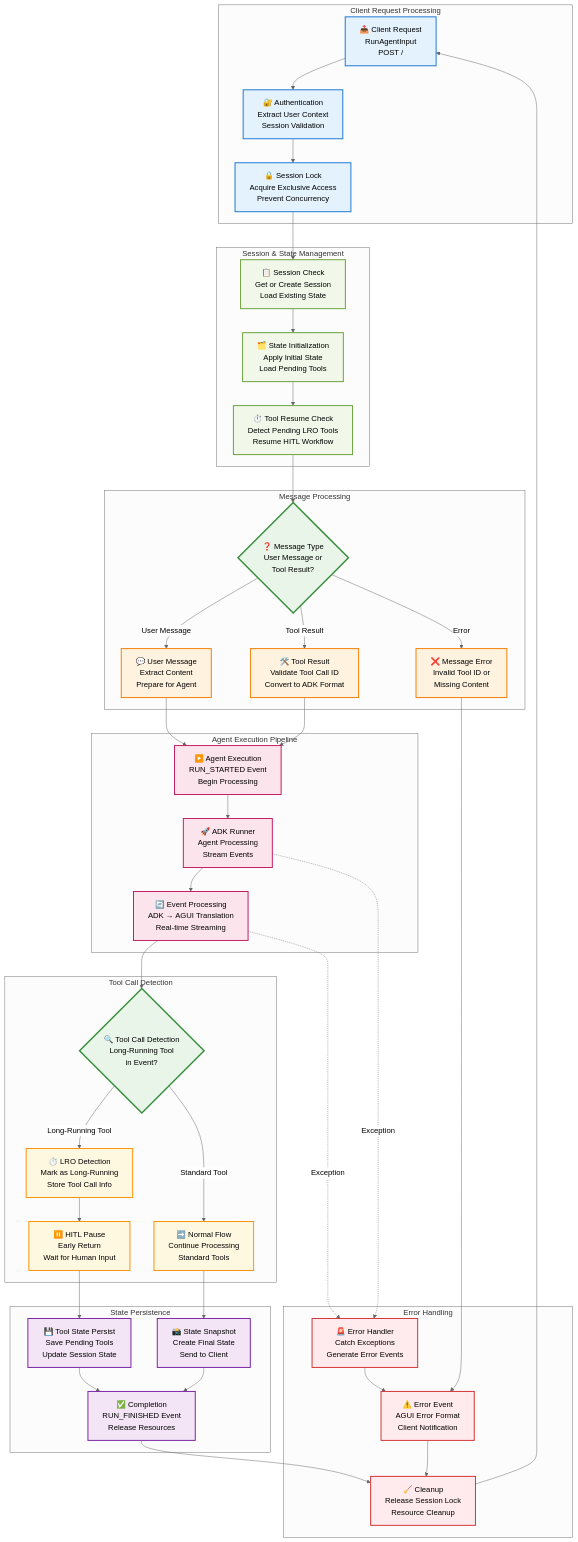
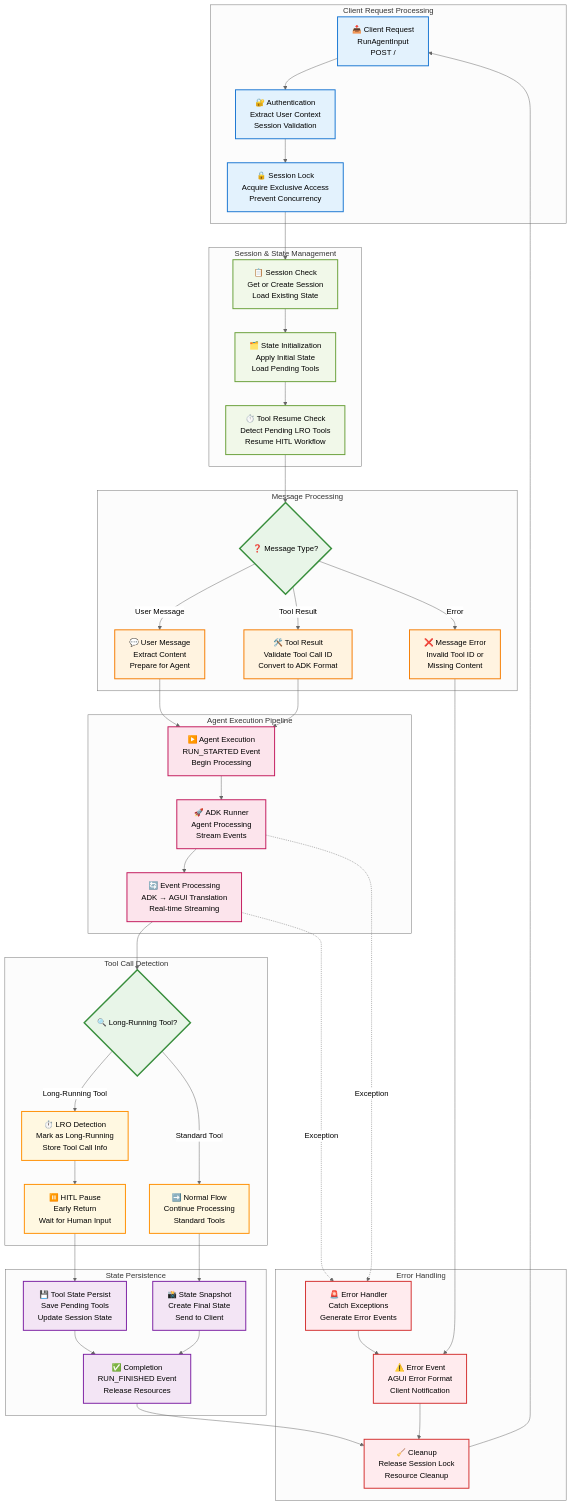
The third of 6 diagrams in README.md (trendmicro/adk-agui-middleware), drawn with Mermaid (neutral theme) before and after one commit. The commit also changed other lines of this file and 4 other files, not shown here.

```diff
--- a/README.md
+++ b/README.md
@@ -342,7 +338,7 @@
     end
 
     subgraph "Message Processing"
-        MSG_TYPE{❓ Message Type<br/>User Message or<br/>Tool Result?}
+        MSG_TYPE{❓ Message Type?}
         USER_MSG[💬 User Message<br/>Extract Content<br/>Prepare for Agent]
         TOOL_RESULT[🛠️ Tool Result<br/>Validate Tool Call ID<br/>Convert to ADK Format]
         MSG_ERROR[❌ Message Error<br/>Invalid Tool ID or<br/>Missing Content]
@@ -355,7 +351,7 @@
     end
 
     subgraph "Tool Call Detection"
-        TOOL_CHECK{🔍 Tool Call Detection<br/>Long-Running Tool<br/>in Event?}
+        TOOL_CHECK{🔍 Long-Running Tool?}
         LRO_DETECT[⏱️ LRO Detection<br/>Mark as Long-Running<br/>Store Tool Call Info]
         HITL_PAUSE[⏸️ HITL Pause<br/>Early Return<br/>Wait for Human Input]
         NORMAL_FLOW[➡️ Normal Flow<br/>Continue Processing<br/>Standard Tools]
```
